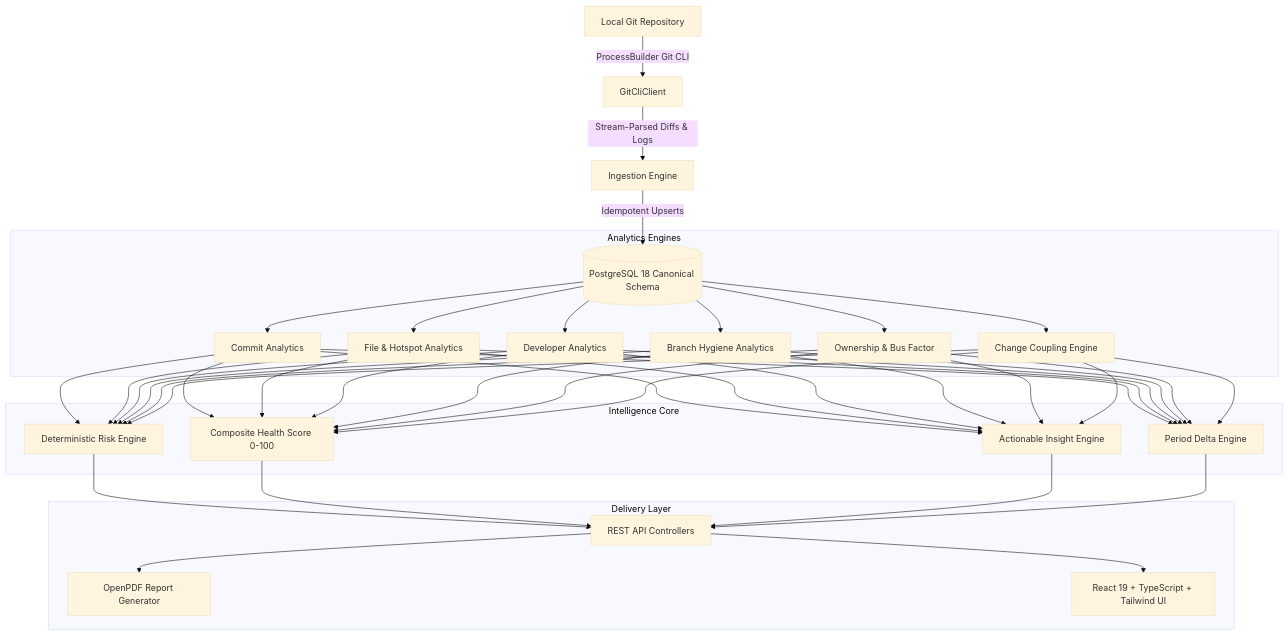
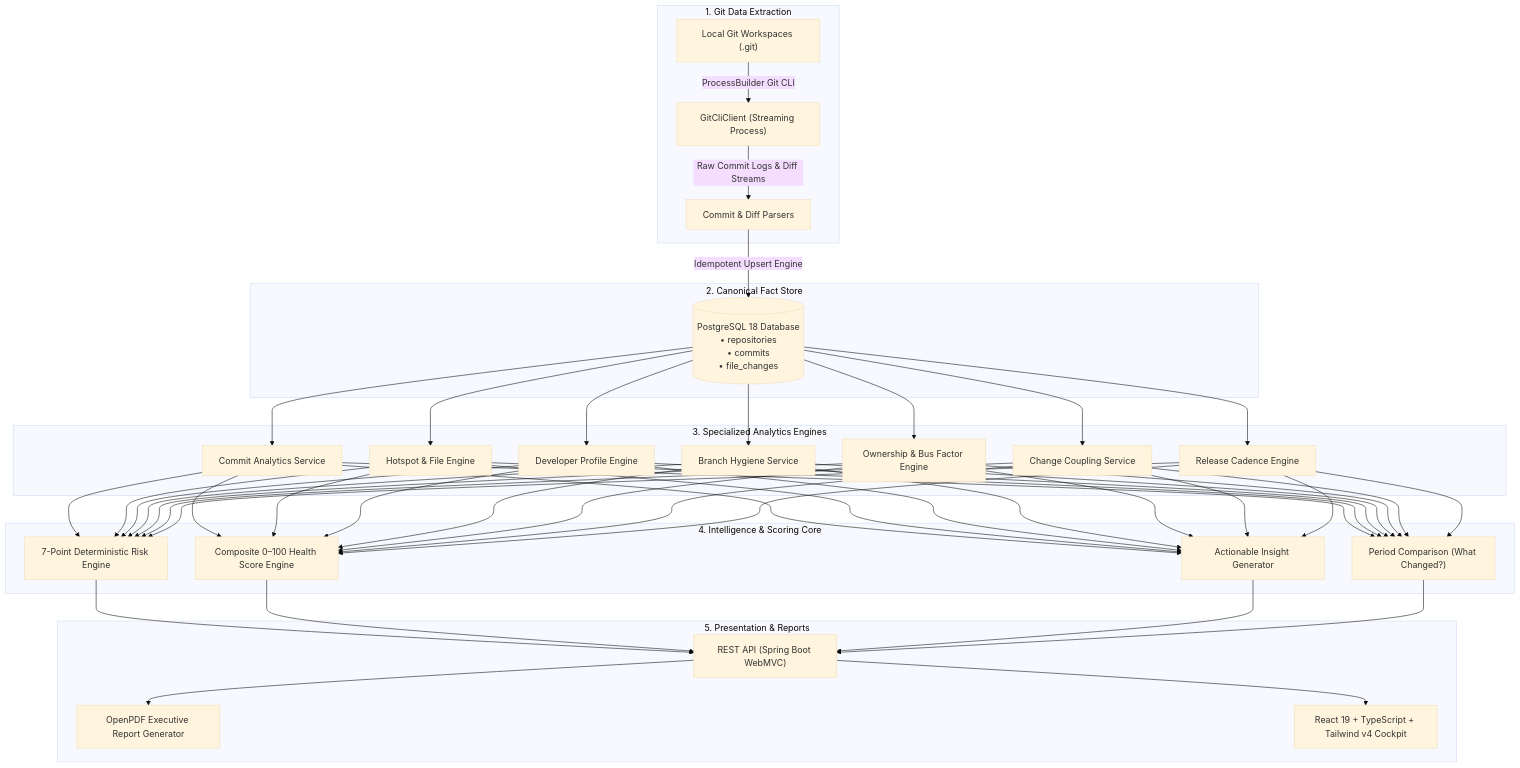
One commit to vasanthan-hub/RepoVision changed the diagram in README.md. Above: the diagram before and after it, drawn with Mermaid (base theme). The commit also changed other lines of this file, not shown here.

Commit message:
docs: enrich README with comprehensive architecture, mathematical models, and author attribution

````diff
--- a/README.md
+++ b/README.md
@@ -39,28 +68,34 @@
 ```mermaid
-flowchart TD
-    A[Local Git Repository] -->|ProcessBuilder Git CLI| B[GitCliClient]
-    B -->|Stream-Parsed Diffs & Logs| C[Ingestion Engine]
-    C -->|Idempotent Upserts| D[(PostgreSQL 18 Canonical Schema)]
-    
-    subgraph Analytics Engines
-        D --> E1[Commit Analytics]
-        D --> E2[File & Hotspot Analytics]
-        D --> E3[Developer Analytics]
-        D --> E4[Branch Hygiene Analytics]
-        D --> E5[Ownership & Bus Factor]
-        D --> E6[Change Coupling Engine]
+flowchart TB
+    subgraph S1["1. Git Data Extraction"]
+        A["Local Git Workspaces (.git)"] -->|ProcessBuilder Git CLI| B["GitCliClient (Streaming Process)"]
+        B -->|Raw Commit Logs & Diff Streams| C["Commit & Diff Parsers"]
     end
 
-    subgraph Intelligence Core
-        E1 & E2 & E3 & E4 & E5 & E6 --> F1[Deterministic Risk Engine]
-        E1 & E2 & E3 & E4 & E5 & E6 --> F2[Composite Health Score 0-100]
-        E1 & E2 & E3 & E4 & E5 & E6 --> F3[Actionable Insight Engine]
-        E1 & E2 & E3 & E4 & E5 & E6 --> F4[Period Delta Engine]
+    subgraph S2["2. Canonical Fact Store"]
+        C -->|Idempotent Upsert Engine| D[("PostgreSQL 18 Database<br/>• repositories<br/>• commits<br/>• file_changes")]
     end
 
-    subgraph Delivery Layer
-        F1 & F2 & F3 & F4 --> G[REST API Controllers]
-        G --> H[OpenPDF Report Generator]
-        G --> I[React 19 + TypeScript + Tailwind UI]
+    subgraph S3["3. Specialized Analytics Engines"]
+        D --> E1["Commit Analytics Service"]
+        D --> E2["Hotspot & File Engine"]
+        D --> E3["Developer Profile Engine"]
+        D --> E4["Branch Hygiene Service"]
+        D --> E5["Ownership & Bus Factor Engine"]
+        D --> E6["Change Coupling Service"]
+        D --> E7["Release Cadence Engine"]
+    end
+
+    subgraph S4["4. Intelligence & Scoring Core"]
+        E1 & E2 & E3 & E4 & E5 & E6 & E7 --> F1["7-Point Deterministic Risk Engine"]
+        E1 & E2 & E3 & E4 & E5 & E6 & E7 --> F2["Composite 0–100 Health Score Engine"]
+        E1 & E2 & E3 & E4 & E5 & E6 & E7 --> F3["Actionable Insight Generator"]
+        E1 & E2 & E3 & E4 & E5 & E6 & E7 --> F4["Period Comparison (What Changed?)"]
+    end
+
+    subgraph S5["5. Presentation & Reports"]
+        F1 & F2 & F3 & F4 --> G["REST API (Spring Boot WebMVC)"]
+        G --> H["OpenPDF Executive Report Generator"]
+        G --> I["React 19 + TypeScript + Tailwind v4 Cockpit"]
     end
 ```
````
